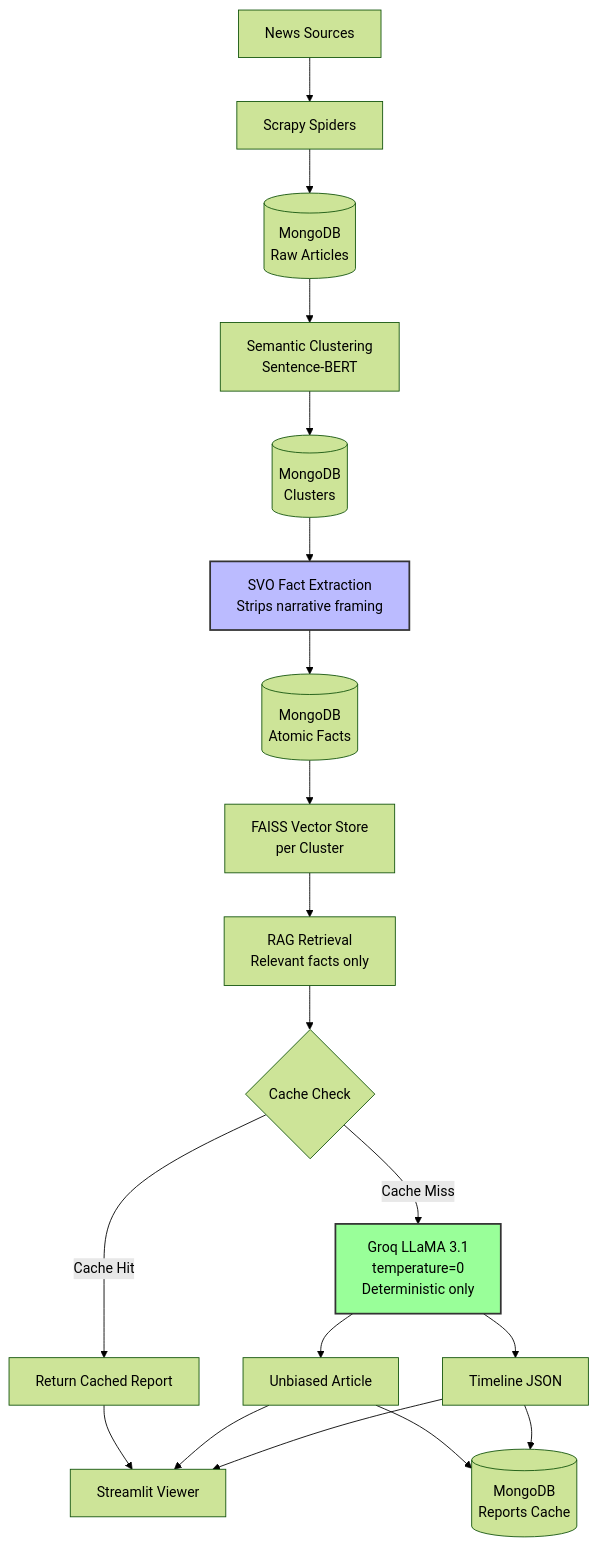
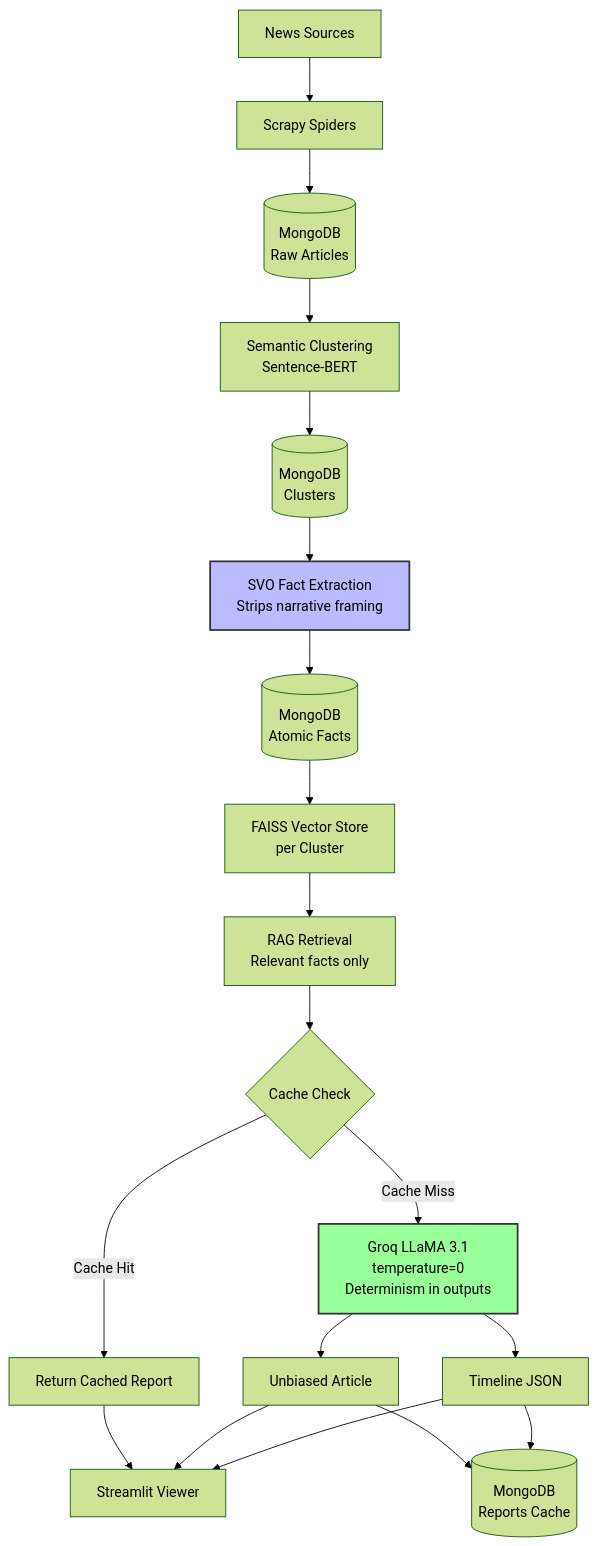
One commit to Kaushalsingh79/BiasLens_sup changed the first of 2 diagrams in readme.md. Above: the diagram before and after it, drawn with Mermaid (forest theme). The commit also changed other lines of this file and 2 other files, not shown here.

````diff
--- a/readme.md
+++ b/readme.md
@@ -89,27 +90,27 @@
 ```mermaid
 flowchart TD
     A[News Sources] --> B[Scrapy Spiders]
     B --> C[(MongoDB<br/>Raw Articles)]
     C --> D[Semantic Clustering<br/>Sentence-BERT]
     D --> E[(MongoDB<br/>Clusters)]
     E --> F[SVO Fact Extraction<br/>Strips narrative framing]
     F --> G[(MongoDB<br/>Atomic Facts)]
     G --> H[FAISS Vector Store<br/>per Cluster]
     H --> I[RAG Retrieval<br/>Relevant facts only]
     
     I --> J{Cache Check}
     J -->|Cache Hit| K[Return Cached Report]
-    J -->|Cache Miss| L[Groq LLaMA 3.1<br/>temperature=0<br/>Deterministic only]
+    J -->|Cache Miss| L[Groq LLaMA 3.1<br/>temperature=0<br/>Determinism in outputs]
     
     L --> M[Unbiased Article]
     L --> N[Timeline JSON]
     M --> O[(MongoDB<br/>Reports Cache)]
     N --> O
     
     K --> P[Streamlit Viewer]
     M --> P
     N --> P
     
     style F fill:#bbf,stroke:#333,stroke-width:2px
     style L fill:#9f9,stroke:#333,stroke-width:2px
 ```
````
